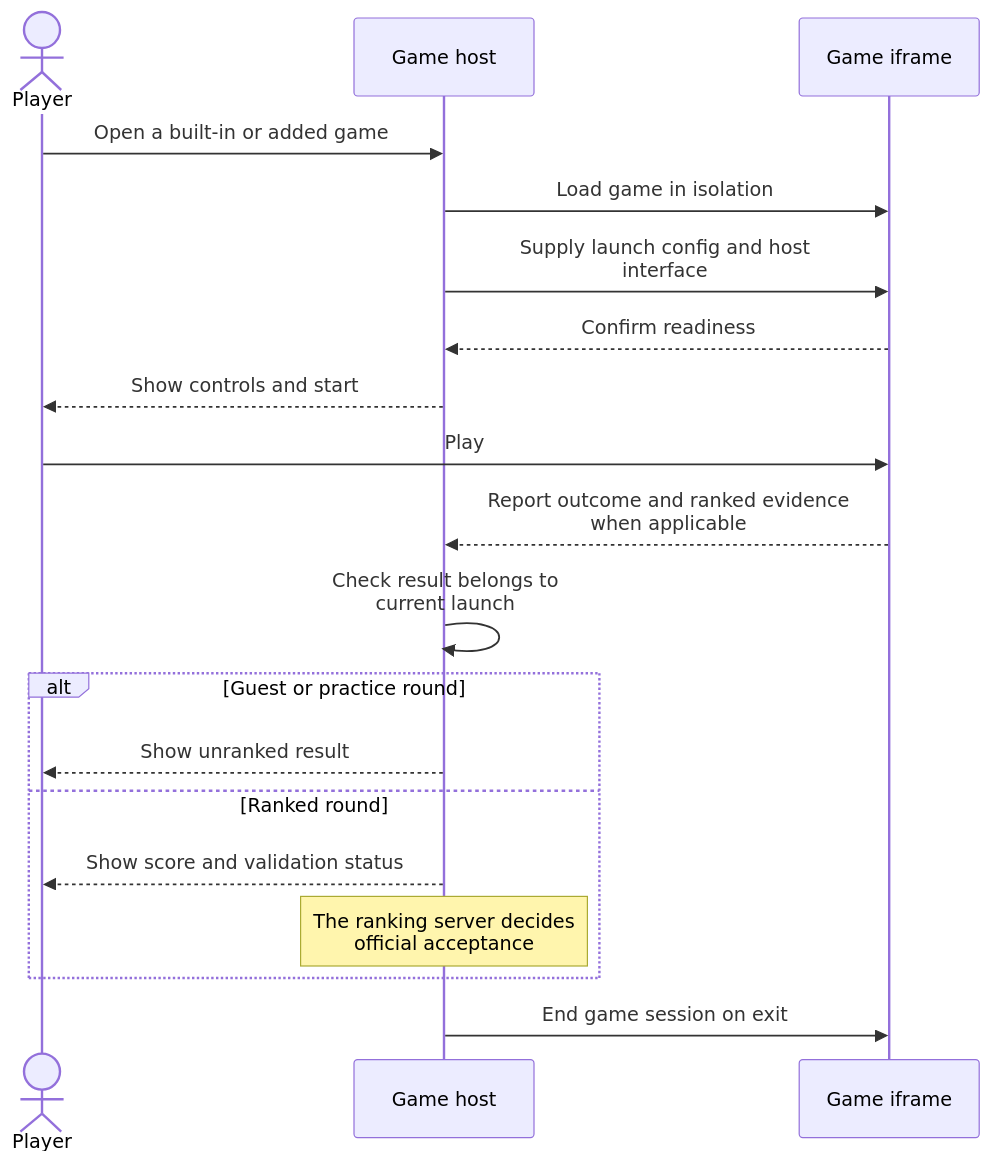
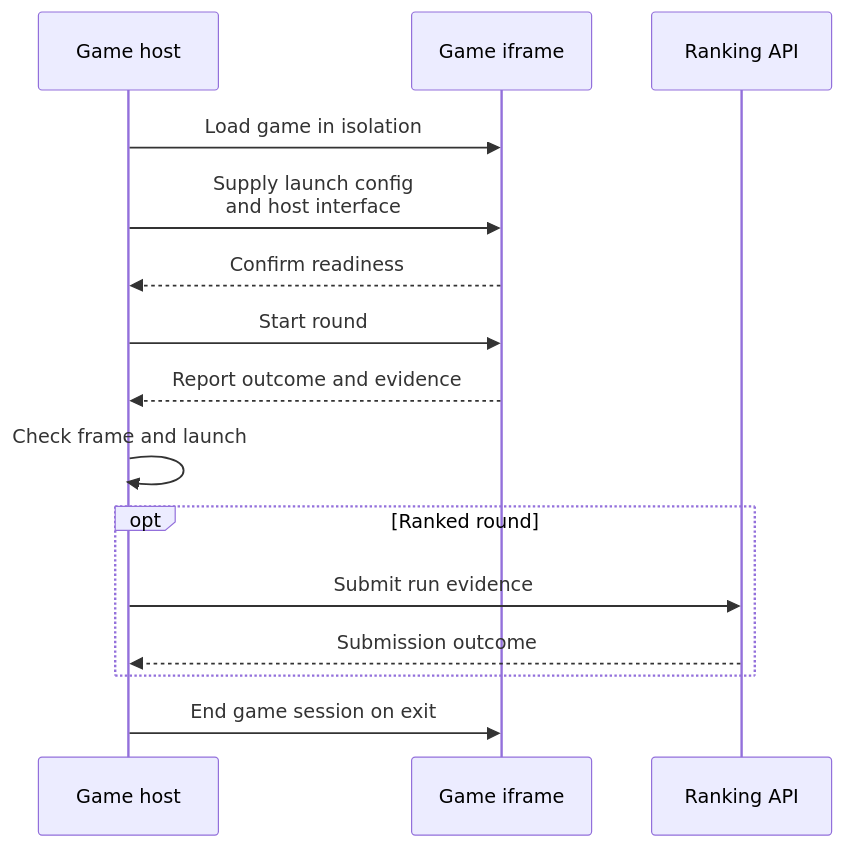
Before and after one commit to CSE210-Team-7-11/RanKing: the third of 4 diagrams in docs/architecture/game-library.md, drawn with Mermaid. The commit also changed other lines of this file and 2 other files, not shown here.

Commit message:
Improved system structure diagrams

````diff
--- a/docs/architecture/game-library.md
+++ b/docs/architecture/game-library.md
@@ -82,22 +77,18 @@
 ```mermaid
 sequenceDiagram
-    actor Player
     participant Host as Game host
     participant Frame as Game iframe
+    participant API as Ranking API
 
-    Player->>Host: Open a built-in or added game
     Host->>Frame: Load game in isolation
-    Host->>Frame: Supply launch config and host<br/>interface
+    Host->>Frame: Supply launch config<br/>and host interface
     Frame-->>Host: Confirm readiness
-    Host-->>Player: Show controls and start
-    Player->>Frame: Play
-    Frame-->>Host: Report outcome and ranked evidence<br/>when applicable
-    Host->>Host: Check result belongs to<br/>current launch
-    alt Guest or practice round
-        Host-->>Player: Show unranked result
-    else Ranked round
-        Host-->>Player: Show score and validation status
-        Note over Host: The ranking server decides<br/>official acceptance
+    Host->>Frame: Start round
+    Frame-->>Host: Report outcome and evidence
+    Host->>Host: Check frame and launch
+    opt Ranked round
+        Host->>API: Submit run evidence
+        API-->>Host: Submission outcome
     end
     Host->>Frame: End game session on exit
 ```
````
